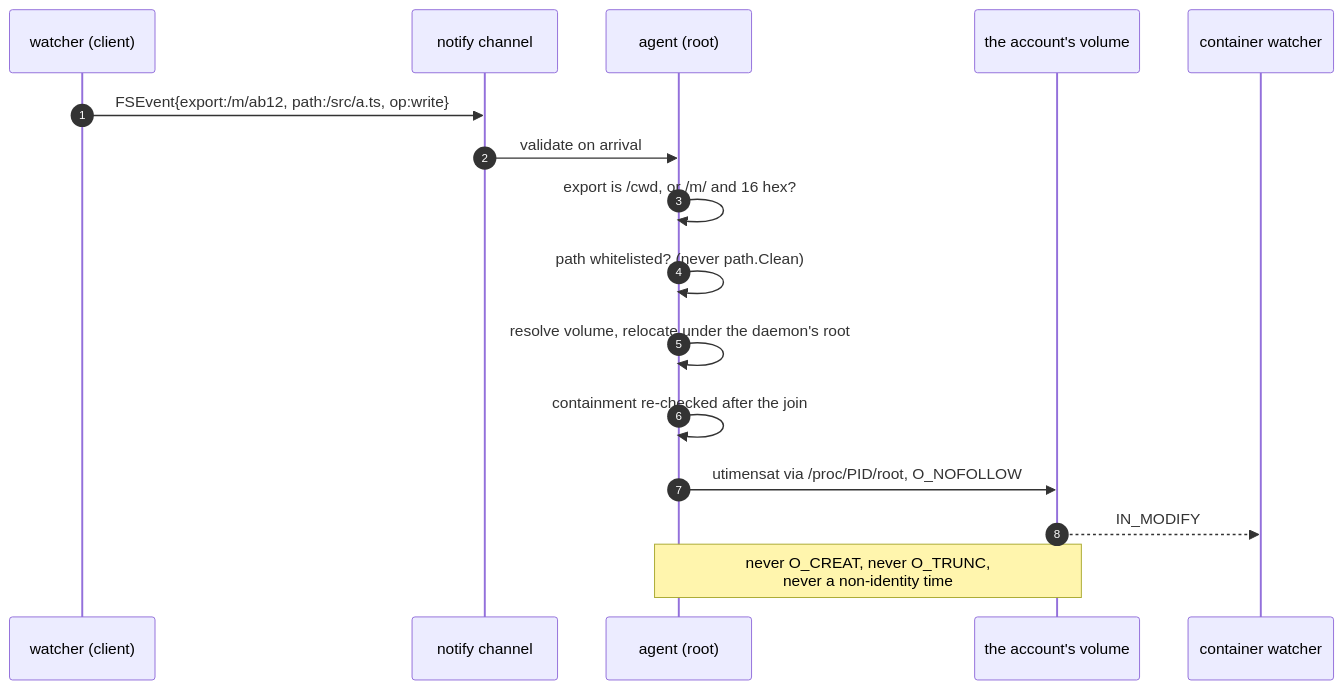
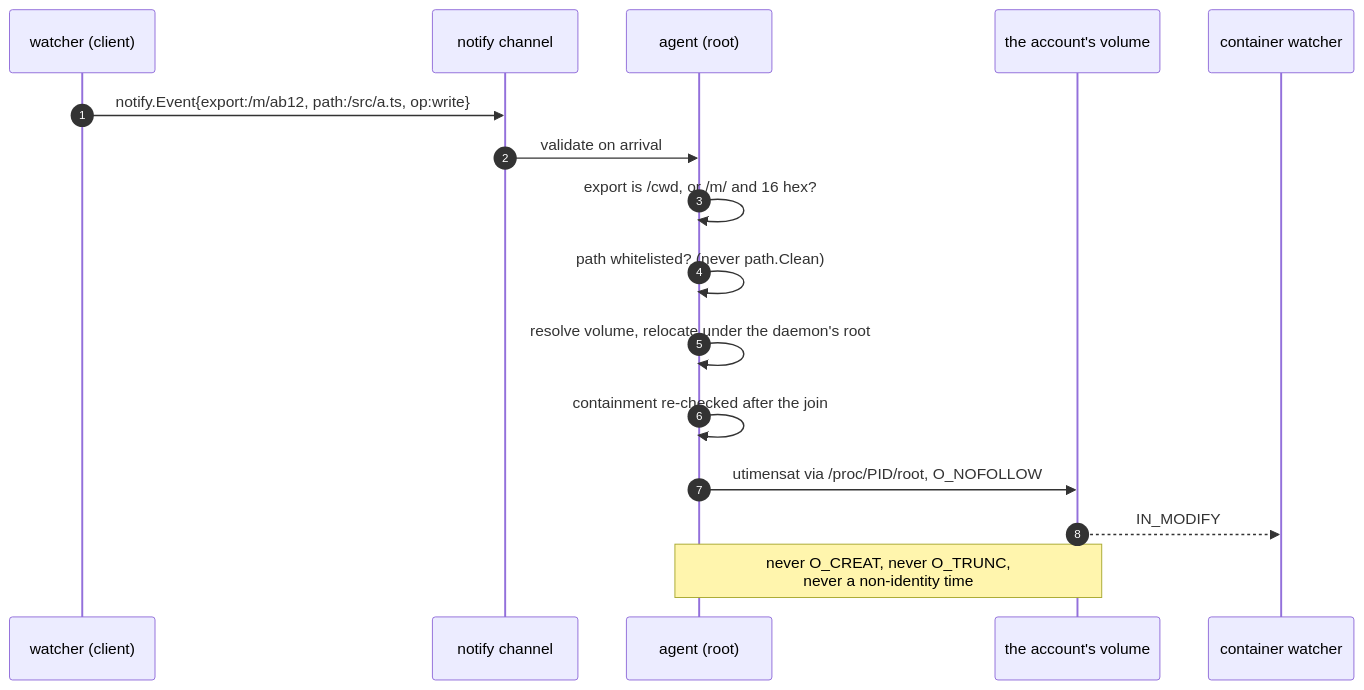
The eighth of 11 diagrams in docs/threat-model.md (lhns/remote-docker), drawn with Mermaid before and after one commit. The commit also changed other lines of this file and 41 other files, not shown here.

````diff
--- a/docs/threat-model.md
+++ b/docs/threat-model.md
@@ -662,19 +662,19 @@
 ```mermaid
 sequenceDiagram
     autonumber
     participant W as watcher (client)
     participant Ch as notify channel
     participant Ag as agent (root)
     participant Vol as the account's volume
     participant C as container watcher
 
-    W->>Ch: FSEvent{export:/m/ab12, path:/src/a.ts, op:write}
+    W->>Ch: notify.Event{export:/m/ab12, path:/src/a.ts, op:write}
     Ch->>Ag: validate on arrival
     Ag->>Ag: export is /cwd, or /m/ and 16 hex?
     Ag->>Ag: path whitelisted? (never path.Clean)
     Ag->>Ag: resolve volume, relocate under the daemon's root
     Ag->>Ag: containment re-checked after the join
     Ag->>Vol: utimensat via /proc/PID/root, O_NOFOLLOW
     Vol-->>C: IN_MODIFY
     Note over Ag,Vol: never O_CREAT, never O_TRUNC,<br/>never a non-identity time
 ```
````
